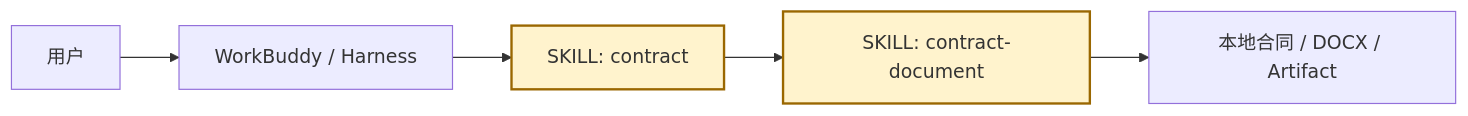
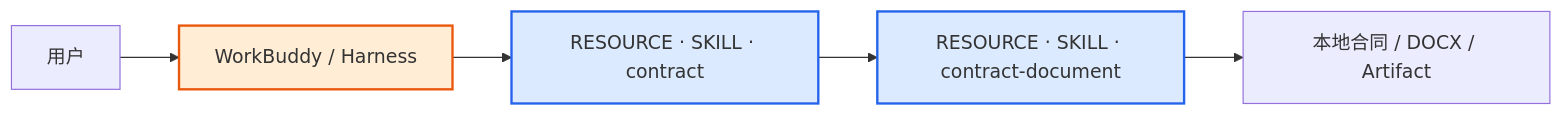
The first of 5 diagrams in docs/architecture/c4.md (Ri0n72Y/ContractBotConfig), drawn with Mermaid before and after one commit. The commit also changed other lines of this file, not shown here.

Commit message:
docs: simplify architecture diagrams and distinguish resources from runtime

````diff
--- a/docs/architecture/c4.md
+++ b/docs/architecture/c4.md
@@ -15,10 +15,12 @@
 ```mermaid
 flowchart LR
     U[用户] --> H[WorkBuddy / Harness]
-    H --> S["SKILL: contract"]
-    S --> D["SKILL: contract-document"]
+    H --> S[RESOURCE · SKILL · contract]
+    S --> D[RESOURCE · SKILL · contract-document]
     D --> F[本地合同 / DOCX / Artifact]
 
-    classDef skill fill:#fff3cd,stroke:#9a6700,stroke-width:2px;
-    class S,D skill;
+    classDef resource fill:#dbeafe,stroke:#2563eb,stroke-width:2px;
+    classDef platform fill:#ffedd5,stroke:#ea580c,stroke-width:2px;
+    class S,D resource;
+    class H platform;
 ```
````
